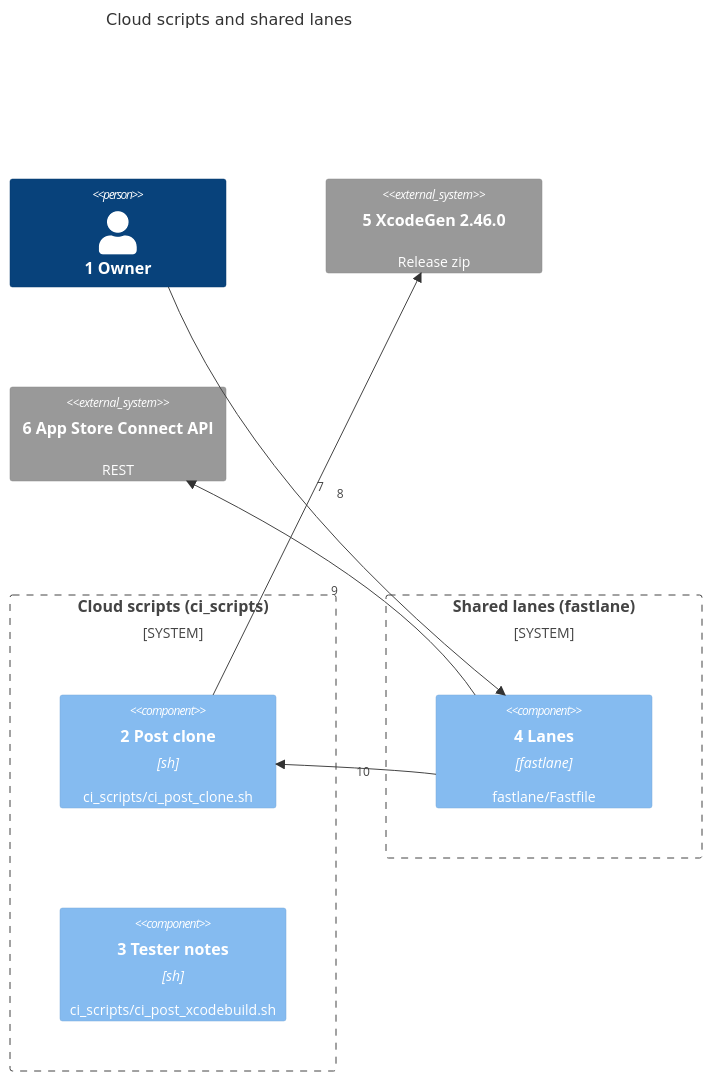
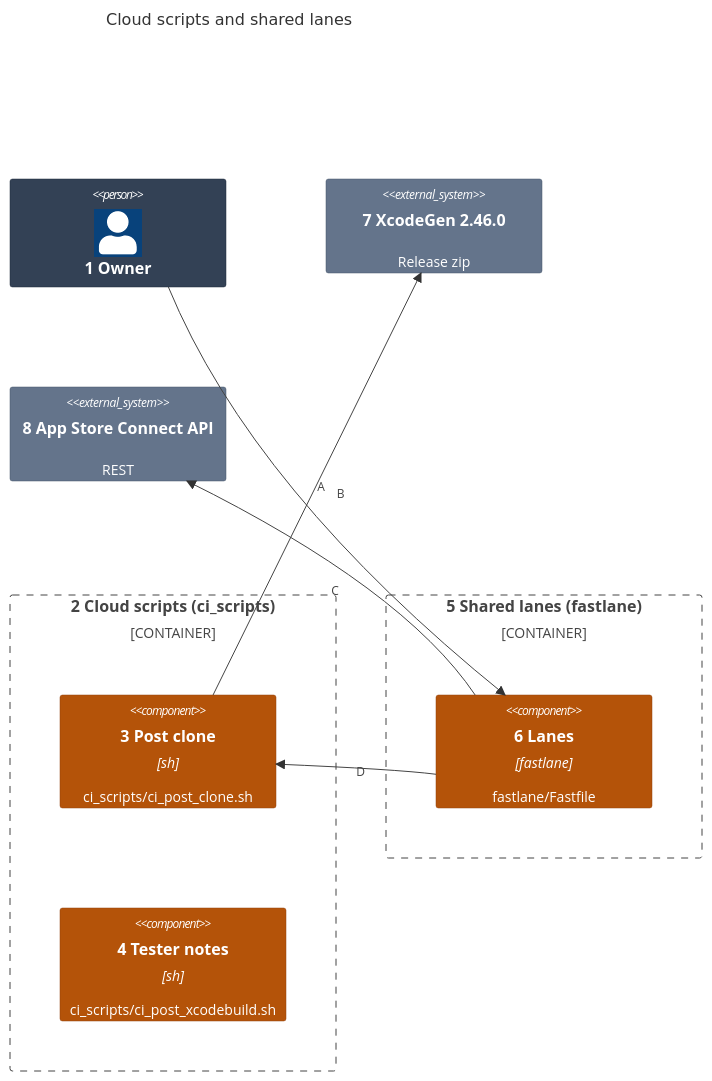
Before and after one commit to may-journal/xcode-tooling: the first of 2 diagrams in docs/architecture/03-components.md, drawn with Mermaid. The commit also changed other lines of this file and 5 other files, not shown here.

Commit message:
docs(architecture): bring the views to the per-level form and palette

````diff
--- a/docs/architecture/03-components.md
+++ b/docs/architecture/03-components.md
@@ -7,23 +7,30 @@
 ```mermaid
 C4Component
     title Cloud scripts and shared lanes
 
     Person(owner, "1 Owner")
 
-    System_Boundary(scripts, "Cloud scripts (ci_scripts)") {
-        Component(clone, "2 Post clone", "sh", "ci_scripts/ci_post_clone.sh")
-        Component(notes, "3 Tester notes", "sh", "ci_scripts/ci_post_xcodebuild.sh")
+    Container_Boundary(scripts, "2 Cloud scripts (ci_scripts)") {
+        Component(clone, "3 Post clone", "sh", "ci_scripts/ci_post_clone.sh")
+        Component(notes, "4 Tester notes", "sh", "ci_scripts/ci_post_xcodebuild.sh")
     }
 
-    System_Boundary(lanes, "Shared lanes (fastlane)") {
-        Component(fastfile, "4 Lanes", "fastlane", "fastlane/Fastfile")
+    Container_Boundary(lanes, "5 Shared lanes (fastlane)") {
+        Component(fastfile, "6 Lanes", "fastlane", "fastlane/Fastfile")
     }
 
-    System_Ext(xcodegen, "5 XcodeGen 2.46.0", "Release zip")
-    System_Ext(asc, "6 App Store Connect API", "REST")
+    System_Ext(xcodegen, "7 XcodeGen 2.46.0", "Release zip")
+    System_Ext(asc, "8 App Store Connect API", "REST")
 
-    Rel(clone, xcodegen, "7")
-    Rel(owner, fastfile, "8")
-    Rel(fastfile, asc, "9")
-    Rel(fastfile, clone, "10")
+    Rel(clone, xcodegen, "A")
+    Rel(owner, fastfile, "B")
+    Rel(fastfile, asc, "C")
+    Rel(fastfile, clone, "D")
+
+    UpdateElementStyle(owner, $bgColor="#334155", $borderColor="#1e293b", $fontColor="#ffffff")
+    UpdateElementStyle(clone, $bgColor="#b45309", $borderColor="#92400e", $fontColor="#ffffff")
+    UpdateElementStyle(notes, $bgColor="#b45309", $borderColor="#92400e", $fontColor="#ffffff")
+    UpdateElementStyle(fastfile, $bgColor="#b45309", $borderColor="#92400e", $fontColor="#ffffff")
+    UpdateElementStyle(xcodegen, $bgColor="#64748b", $borderColor="#475569", $fontColor="#ffffff")
+    UpdateElementStyle(asc, $bgColor="#64748b", $borderColor="#475569", $fontColor="#ffffff")
 ```
````
